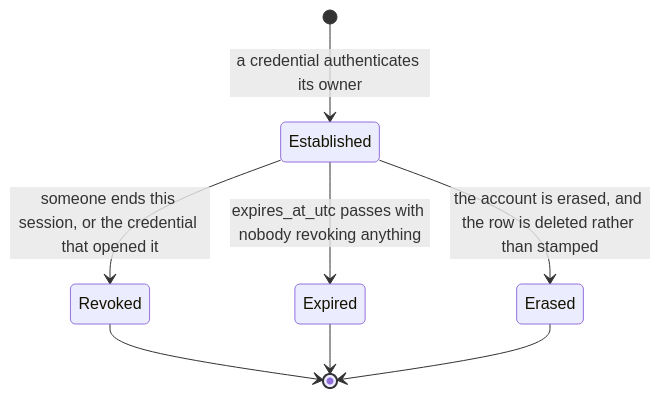
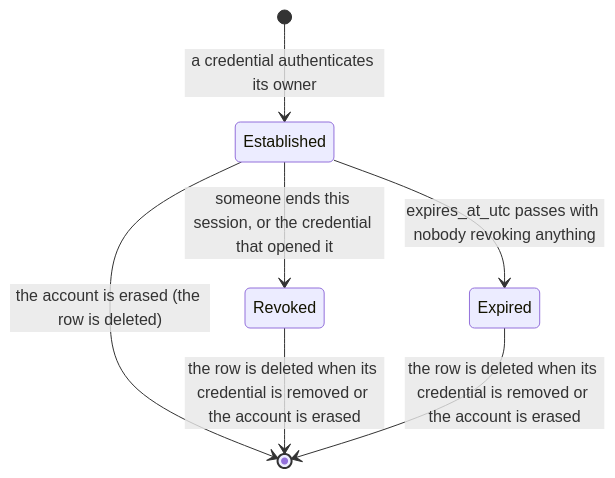
The second of 3 diagrams in docs/business-logic/sessions.md (anton-kochev/budgetoid), drawn with Mermaid before and after one commit. The commit also changed other lines of this file and 23 other files, not shown here.

First line of the commit message:
fix: Back mid-passkey could still erase the account, and a lost answer could read as "nothing was erased"

````diff
--- a/docs/business-logic/sessions.md
+++ b/docs/business-logic/sessions.md
@@ -721,10 +734,9 @@
 ```mermaid
 stateDiagram-v2
     [*] --> Established : a credential authenticates its owner
     Established --> Revoked : someone ends this session, or the credential that opened it
     Established --> Expired : expires_at_utc passes with nobody revoking anything
-    Established --> Erased : the account is erased, and the row is deleted rather than stamped
-    Revoked --> [*]
-    Expired --> [*]
-    Erased --> [*]
+    Established --> [*] : the account is erased (the row is deleted)
+    Revoked --> [*] : the row is deleted when its credential is removed or the account is erased
+    Expired --> [*] : the row is deleted when its credential is removed or the account is erased
 ```
````
